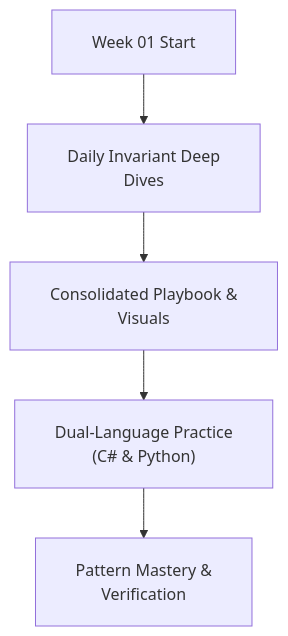
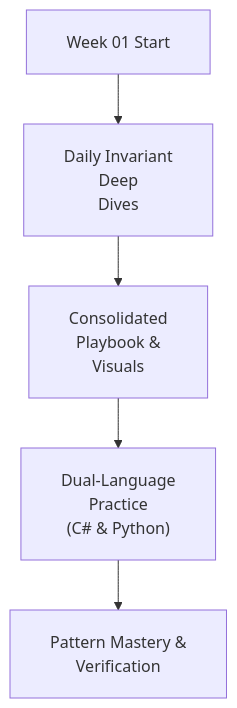
One commit to dip4k/DSA_102 changed the diagram in week_01_foundations_i_computational_fundamentals/README.md. Above: the diagram before and after it, drawn with Mermaid. The commit also changed 106 other files, not shown here.

First line of the commit message:
fix(mermaid): prevent text clipping with foreignObject overflow and tighter line wrapping

````diff
--- a/week_01_foundations_i_computational_fundamentals/README.md
+++ b/week_01_foundations_i_computational_fundamentals/README.md
@@ -16,8 +16,8 @@
 ```mermaid
-%%{init: {"flowchart": {"htmlLabels": true, "padding": 20}}}%%
+%%{init: {"flowchart": {"htmlLabels": true, "padding": 20}, "themeCSS": "foreignObject { overflow: visible !important; }"}}%%
 flowchart TD
-    Start["Week 01 Start"] --> Daily["Daily Invariant Deep<br/>Dives"]
-    Daily --> Playbook["Consolidated Playbook &<br/>Visuals"]
-    Playbook --> DualLang["Dual-Language Practice<br/>(C# & Python)"]
+    Start["Week 01 Start"] --> Daily["Daily Invariant<br/>Deep<br/>Dives"]
+    Daily --> Playbook["Consolidated<br/>Playbook &<br/>Visuals"]
+    Playbook --> DualLang["Dual-Language<br/>Practice<br/>(C# & Python)"]
     DualLang --> Mastery["Pattern Mastery &<br/>Verification"]
 ```
````
